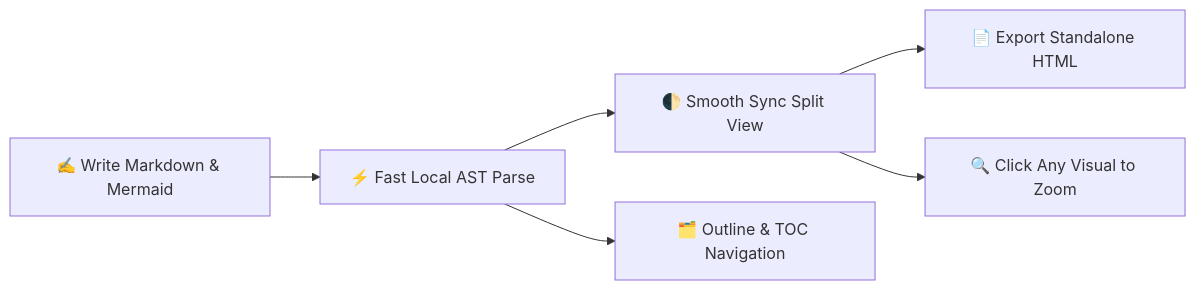
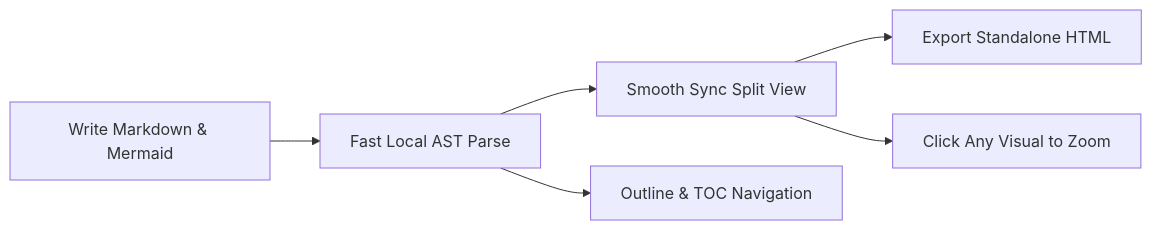
One commit to 2716190547/zmark changed the diagram in crates/zmark_app/assets/welcome/en.md. Above: the diagram before and after it, drawn with Mermaid. The commit also changed other lines of this file and 9 other files, not shown here.

````diff
--- a/crates/zmark_app/assets/welcome/en.md
+++ b/crates/zmark_app/assets/welcome/en.md
@@ -84,8 +84,8 @@
 ```mermaid
 flowchart LR
-    Write["✍️ Write Markdown & Mermaid"] --> Parse["⚡️ Fast Local AST Parse"]
-    Parse --> Split["🌓 Smooth Sync Split View"]
-    Parse --> Outline["🗂️ Outline & TOC Navigation"]
-    Split --> Export["📄 Export Standalone HTML"]
-    Split --> Lightbox["🔍 Click Any Visual to Zoom"]
+    Write["Write Markdown & Mermaid"] --> Parse["Fast Local AST Parse"]
+    Parse --> Split["Smooth Sync Split View"]
+    Parse --> Outline["Outline & TOC Navigation"]
+    Split --> Export["Export Standalone HTML"]
+    Split --> Lightbox["Click Any Visual to Zoom"]
 ```
````
